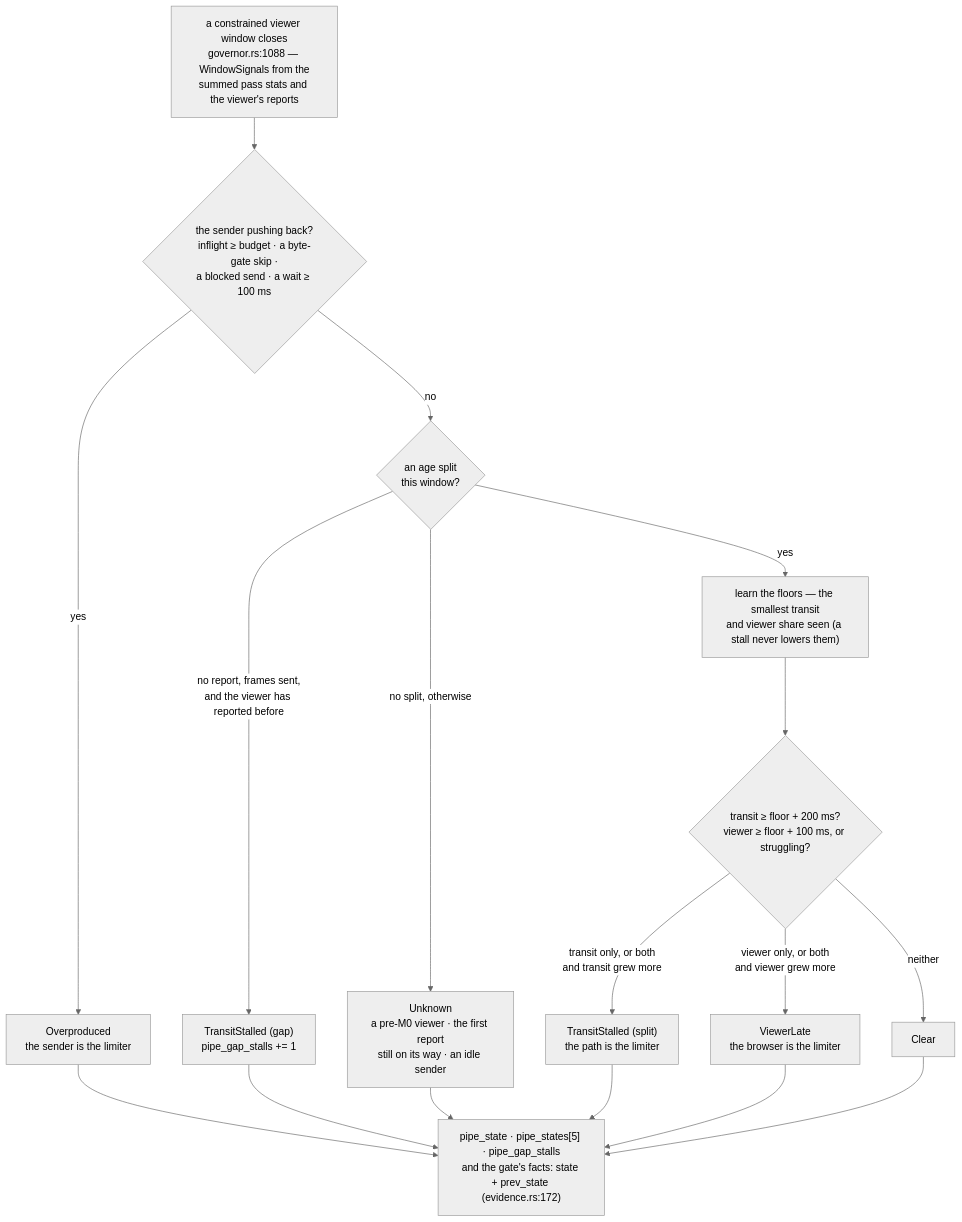
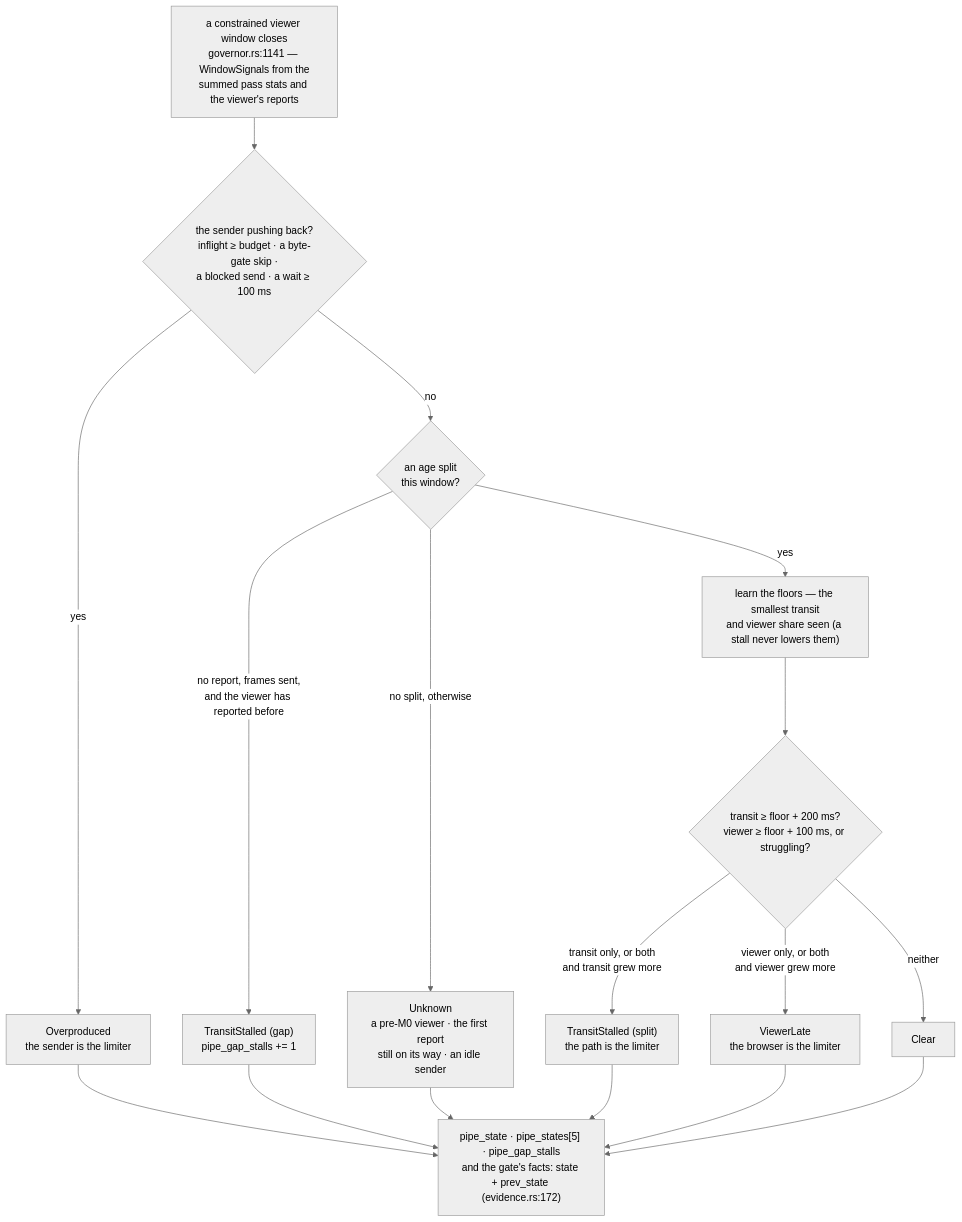
One commit to gjovanov/roomler-ai changed the second of 7 diagrams in docs/rate-control.md. Above: the diagram before and after it, drawn with Mermaid (neutral theme). The commit also changed other lines of this file and 17 other files, not shown here.

````diff
--- a/docs/rate-control.md
+++ b/docs/rate-control.md
@@ -139,14 +139,14 @@
 ```mermaid
 flowchart TB
-    W["a constrained viewer window closes<br/>governor.rs:1088 — WindowSignals from the<br/>summed pass stats and the viewer's reports"] --> O{"the sender pushing back?<br/>inflight ≥ budget · a byte-gate skip ·<br/>a blocked send · a wait ≥ 100 ms"}
+    W["a constrained viewer window closes<br/>governor.rs:1141 — WindowSignals from the<br/>summed pass stats and the viewer's reports"] --> O{"the sender pushing back?<br/>inflight ≥ budget · a byte-gate skip ·<br/>a blocked send · a wait ≥ 100 ms"}
     O -- yes --> OP["Overproduced<br/>the sender is the limiter"]
     O -- no --> SP{"an age split<br/>this window?"}
     SP -- "no report, frames sent,<br/>and the viewer has reported before" --> GAP["TransitStalled (gap)<br/>pipe_gap_stalls += 1"]
     SP -- "no split, otherwise" --> UNK["Unknown<br/>a pre-M0 viewer · the first report<br/>still on its way · an idle sender"]
     SP -- yes --> FL["learn the floors — the smallest transit<br/>and viewer share seen (a stall never lowers them)"]
     FL --> X{"transit ≥ floor + 200 ms?<br/>viewer ≥ floor + 100 ms, or struggling?"}
     X -- "transit only, or both<br/>and transit grew more" --> TS["TransitStalled (split)<br/>the path is the limiter"]
     X -- "viewer only, or both<br/>and viewer grew more" --> VL["ViewerLate<br/>the browser is the limiter"]
     X -- neither --> CL["Clear"]
     OP & GAP & UNK & TS & VL & CL --> HB["pipe_state · pipe_states[5] · pipe_gap_stalls<br/>and the gate's facts: state + prev_state (evidence.rs:172)"]
 ```
````
